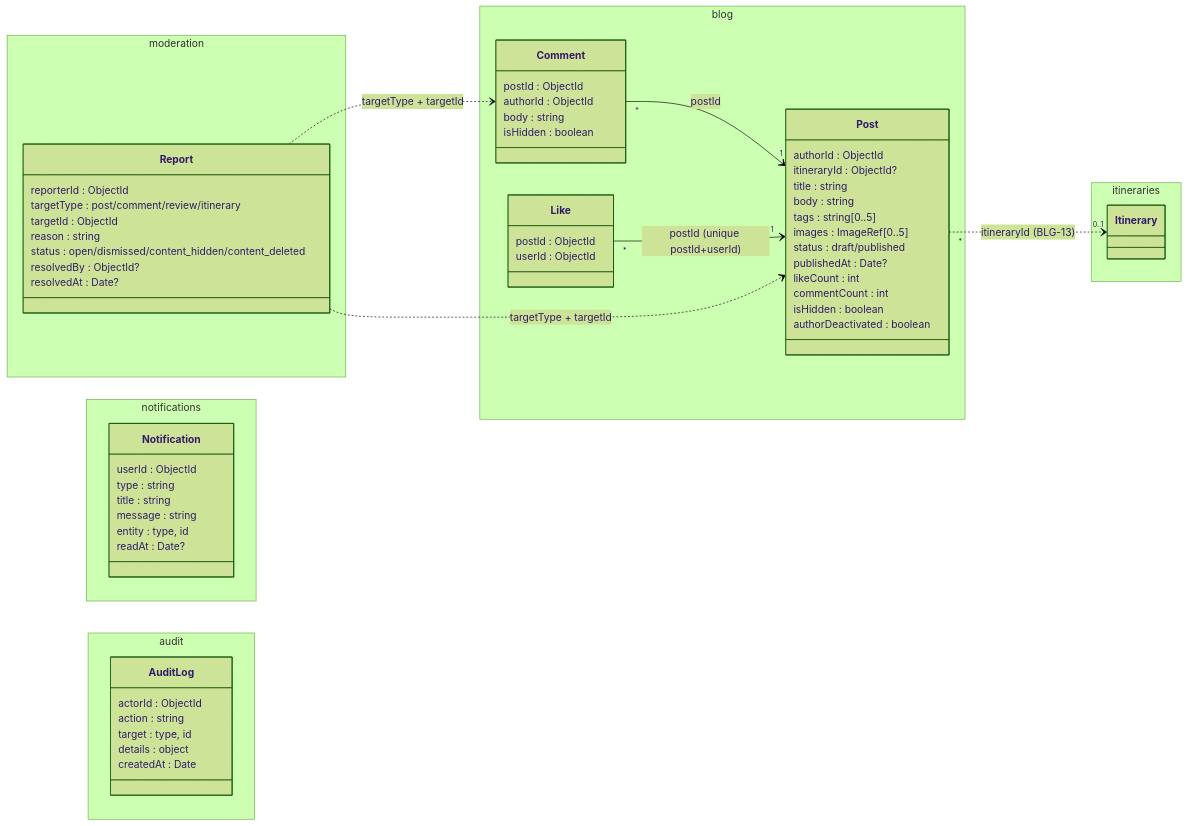
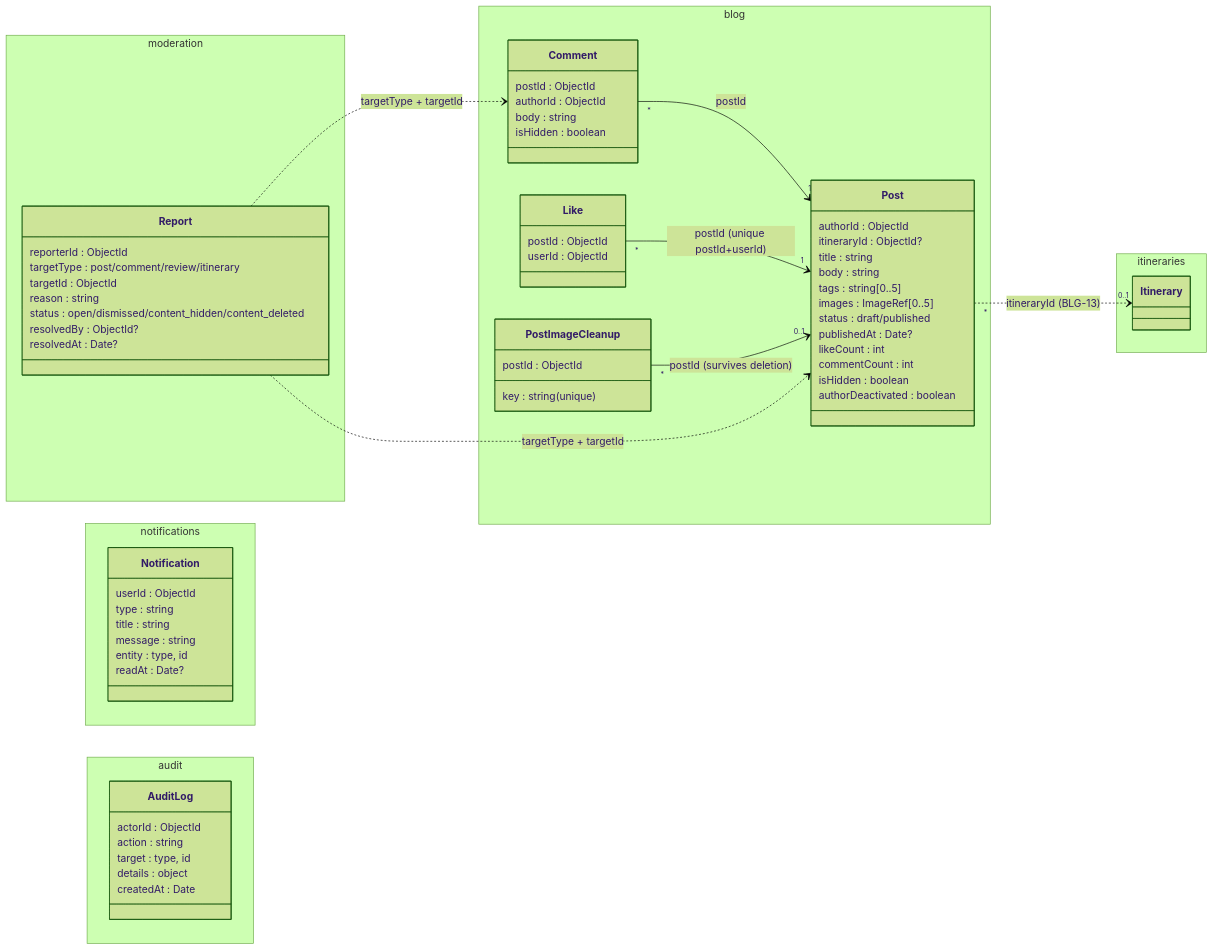
One commit to Host173/Man2o4ah changed the seventh of 7 diagrams in docs/database/class-diagrams.md. Above: the diagram before and after it, drawn with Mermaid (forest theme). The commit also changed other lines of this file and 17 other files, not shown here.

First line of the commit message:
fix(blog): durably retry deleted post image cleanup (BLG-10)

````diff
--- a/docs/database/class-diagrams.md
+++ b/docs/database/class-diagrams.md
@@ -485,68 +487,73 @@
 ```mermaid
 classDiagram
   direction LR
   namespace blog {
     class Post {
       authorId : ObjectId
       itineraryId : ObjectId?
       title : string
       body : string
       tags : string[0..5]
       images : ImageRef[0..5]
       status : draft/published
       publishedAt : Date?
       likeCount : int
       commentCount : int
       isHidden : boolean
       authorDeactivated : boolean
     }
     class Comment {
       postId : ObjectId
       authorId : ObjectId
       body : string
       isHidden : boolean
     }
     class Like {
       postId : ObjectId
       userId : ObjectId
+    }
+    class PostImageCleanup {
+      postId : ObjectId
+      key : string (unique)
     }
   }
   namespace moderation {
     class Report {
       reporterId : ObjectId
       targetType : post/comment/review/itinerary
       targetId : ObjectId
       reason : string
       status : open/dismissed/content_hidden/content_deleted
       resolvedBy : ObjectId?
       resolvedAt : Date?
     }
   }
   namespace notifications {
     class Notification {
       userId : ObjectId
       type : string
       title : string
       message : string
       entity : type, id
       readAt : Date?
     }
   }
   namespace audit {
     class AuditLog {
       actorId : ObjectId
       action : string
       target : type, id
       details : object
       createdAt : Date
     }
   }
   namespace itineraries {
     class Itinerary
   }
   Comment "*" --> "1" Post : postId
   Post "*" ..> "0..1" Itinerary : itineraryId (BLG-13)
   Like "*" --> "1" Post : postId (unique postId+userId)
+  PostImageCleanup "*" --> "0..1" Post : postId (survives deletion)
   Report ..> Post : targetType + targetId
   Report ..> Comment : targetType + targetId
 ```
````
